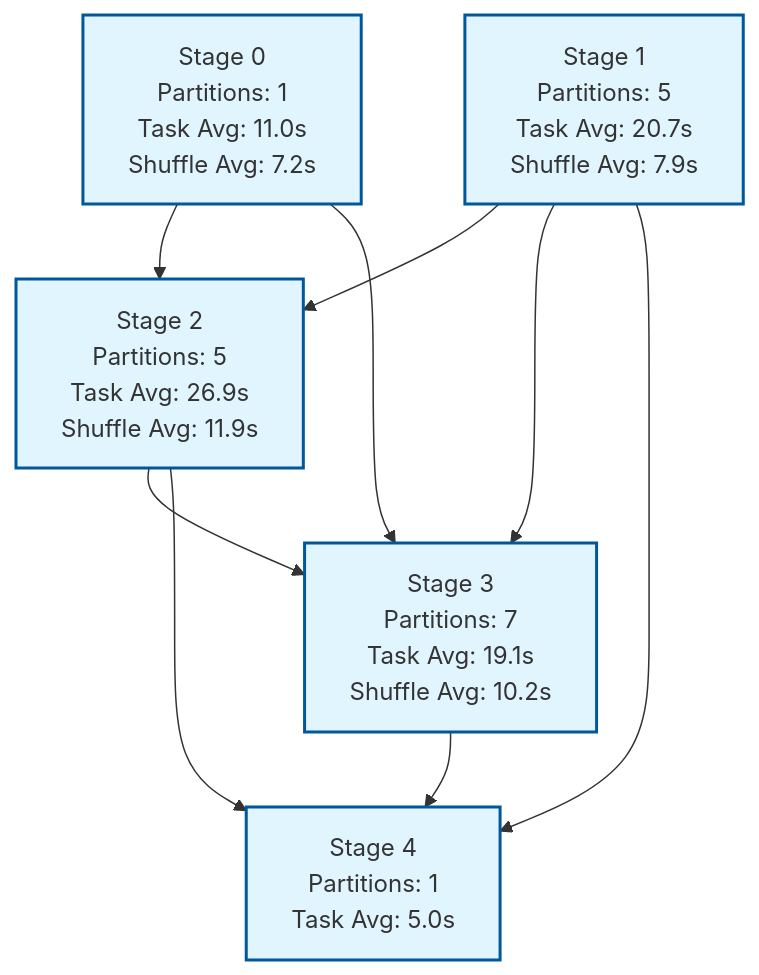
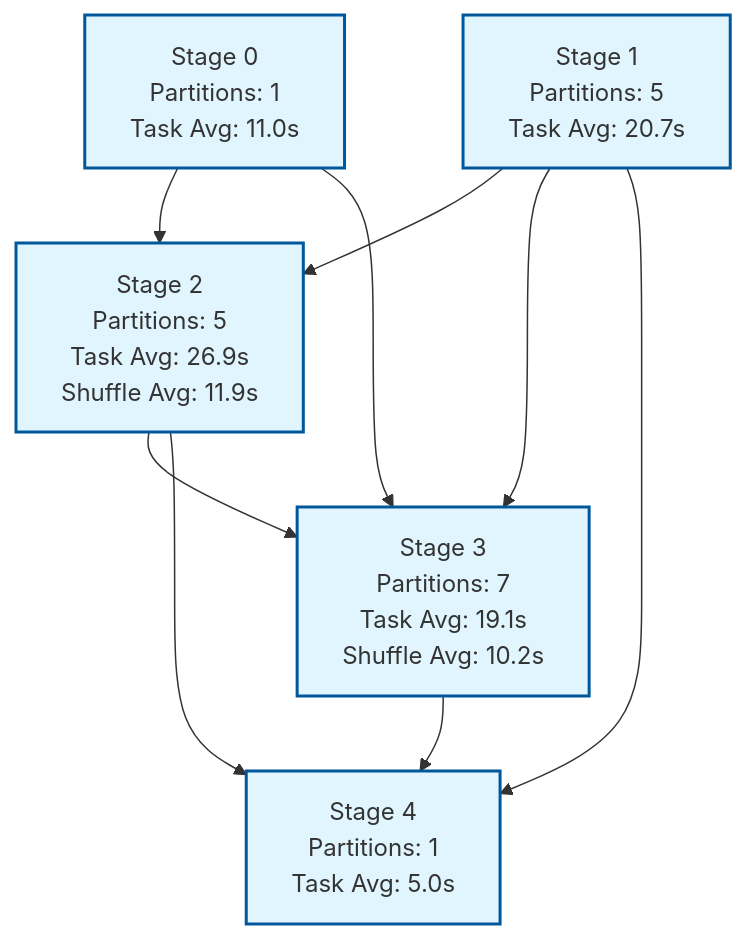
Before and after one commit to fhalde/fauxspark: the diagram in examples/generated/run3/README.md, drawn with Mermaid. The commit also changed 4 other files, not shown here.

````diff
--- a/examples/generated/run3/README.md
+++ b/examples/generated/run3/README.md
@@ -9,14 +9,14 @@
 ```mermaid
 graph TD
-    Stage0["Stage 0<br/>Partitions: 1<br/>Task Avg: 11.0s<br/>Shuffle Avg: 7.2s"] --> Stage2["Stage 2<br/>Partitions: 5<br/>Task Avg: 26.9s<br/>Shuffle Avg: 11.9s"]
-    Stage1["Stage 1<br/>Partitions: 5<br/>Task Avg: 20.7s<br/>Shuffle Avg: 7.9s"] --> Stage2
+    Stage0["Stage 0<br/>Partitions: 1<br/>Task Avg: 11.0s"] --> Stage2["Stage 2<br/>Partitions: 5<br/>Task Avg: 26.9s<br/>Shuffle Avg: 11.9s"]
+    Stage1["Stage 1<br/>Partitions: 5<br/>Task Avg: 20.7s"] --> Stage2
     Stage0 --> Stage3["Stage 3<br/>Partitions: 7<br/>Task Avg: 19.1s<br/>Shuffle Avg: 10.2s"]
     Stage1 --> Stage3
     Stage2 --> Stage3
     Stage1 --> Stage4["Stage 4<br/>Partitions: 1<br/>Task Avg: 5.0s"]
     Stage2 --> Stage4
     Stage3 --> Stage4
 
     classDef stageBox fill:#e1f5fe,stroke:#01579b,stroke-width:2px
     class Stage0,Stage1,Stage2,Stage3,Stage4 stageBox
 ```
````
